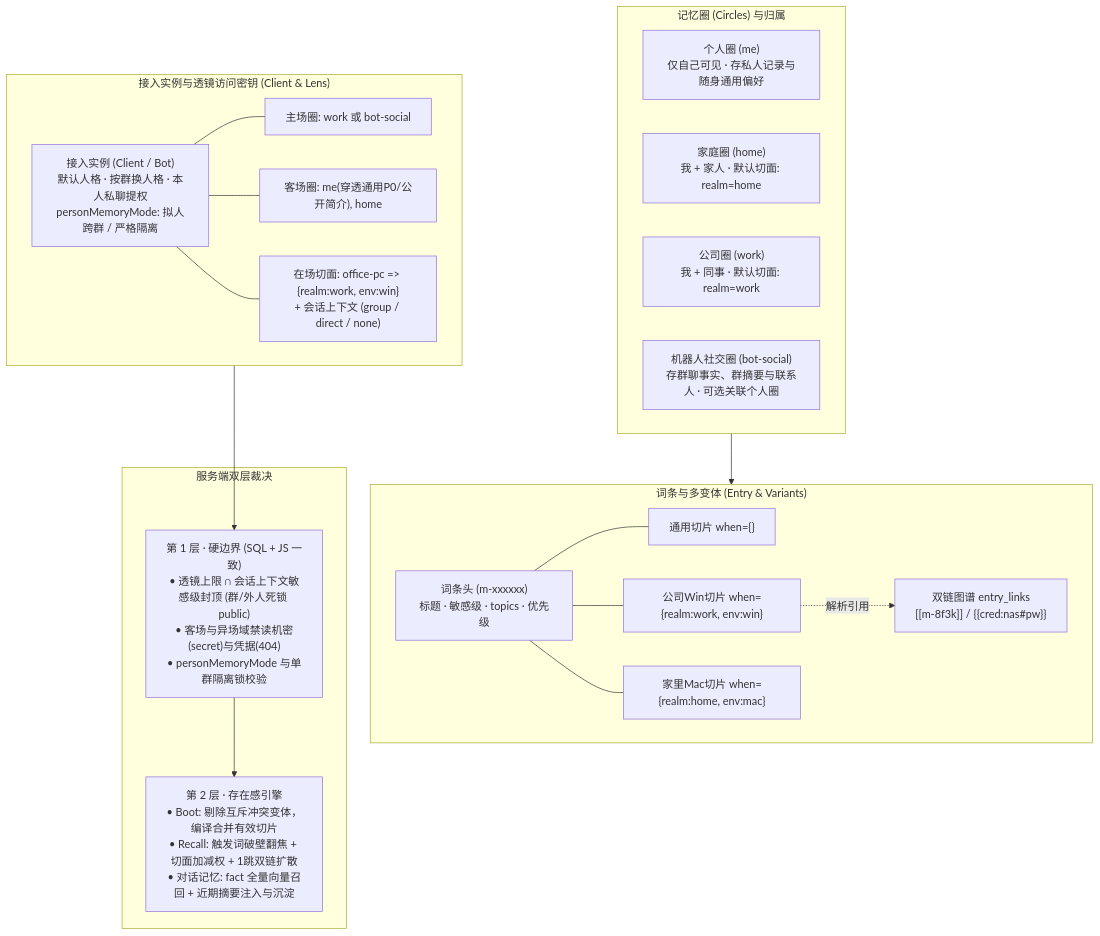
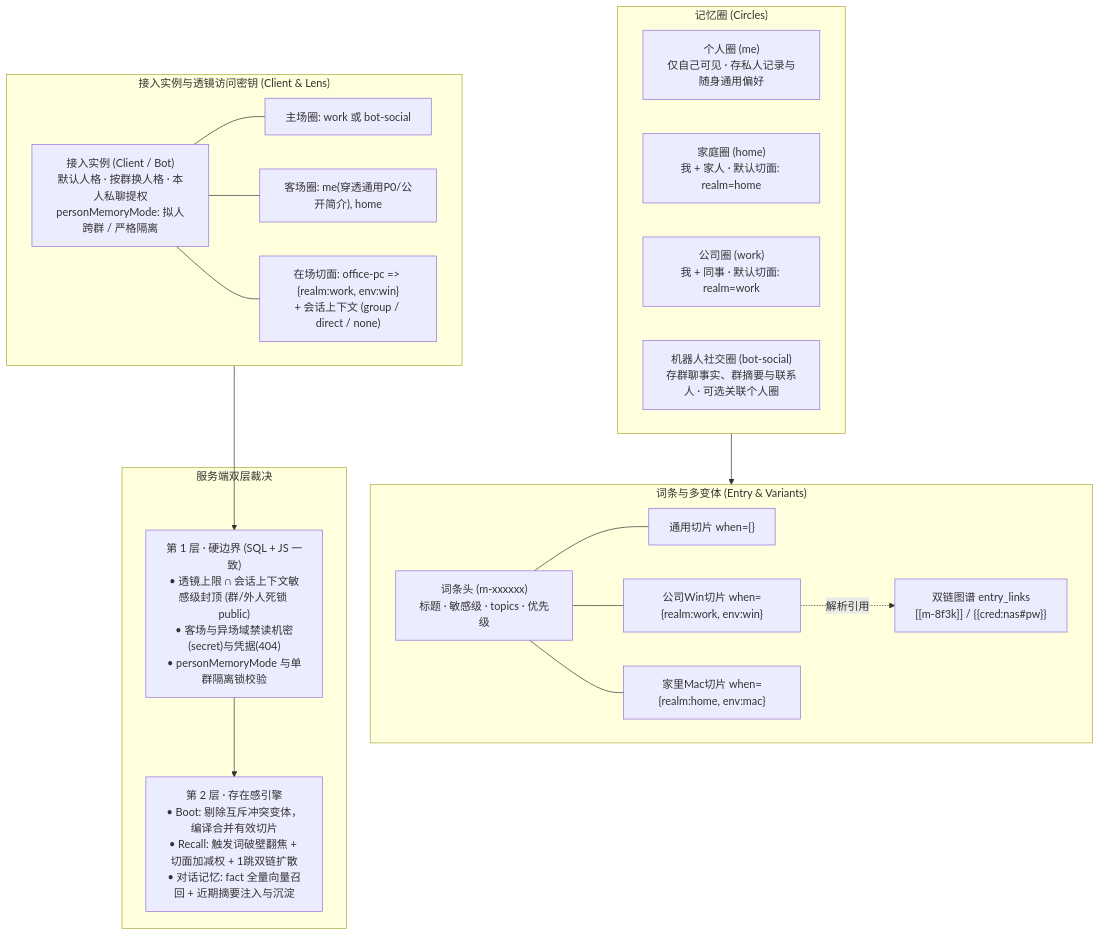
The diagram in docs/plans/记忆圈与切面架构重构.md (lonelyman0108/kioku), drawn with Mermaid before and after one commit. The commit also changed other lines of this file and 3 other files, not shown here.

````diff
--- a/docs/plans/记忆圈与切面架构重构.md
+++ b/docs/plans/记忆圈与切面架构重构.md
@@ -48,39 +48,39 @@
 ```mermaid
 flowchart TB
-    subgraph Top["记忆圈 (Circles) 与归属"]
+    subgraph Top["记忆圈 (Circles)"]
         C_ME["个人圈 (me)<br/>仅自己可见 · 存私人记录与随身通用偏好"]
         C_HOME["家庭圈 (home)<br/>我 + 家人 · 默认切面: realm=home"]
         C_WORK["公司圈 (work)<br/>我 + 同事 · 默认切面: realm=work"]
         C_BOT["机器人社交圈 (bot-social)<br/>存群聊事实、群摘要与联系人 · 可选关联个人圈"]
     end
 
     subgraph EntryModel["词条与多变体 (Entry & Variants)"]
         E_HEAD["词条头 (m-xxxxxx)<br/>标题 · 敏感级 · topics · 优先级"]
         V_BASE["通用切片 when={}"]
         V_WIN["公司Win切片 when={realm:work, env:win}"]
         V_MAC["家里Mac切片 when={realm:home, env:mac}"]
         E_LINKS["双链图谱 entry_links<br/>[[m-8f3k]] / {{cred:nas#pw}}"]
         E_HEAD --- V_BASE
         E_HEAD --- V_WIN
         E_HEAD --- V_MAC
         V_WIN -. "解析引用" .-> E_LINKS
     end
 
     subgraph ClientLens["接入实例与透镜访问密钥 (Client & Lens)"]
         CLI["接入实例 (Client / Bot)<br/>默认人格 · 按群换人格 · 本人私聊提权<br/>personMemoryMode: 拟人跨群 / 严格隔离"]
         K_MAIN["主场圈: work 或 bot-social"]
         K_LINKED["客场圈: me(穿透通用P0/公开简介), home"]
         K_CTX["在场切面: office-pc => {realm:work, env:win}<br/>+ 会话上下文 (group / direct / none)"]
         CLI --- K_MAIN
         CLI --- K_LINKED
         CLI --- K_CTX
     end
 
     subgraph Engine["服务端双层裁决"]
         ACL["第 1 层 · 硬边界 (SQL + JS 一致)<br/>• 透镜上限 ∩ 会话上下文敏感级封顶 (群/外人死锁 public)<br/>• 客场与异场域禁读机密(secret)与凭据(404)<br/>• personMemoryMode 与单群隔离锁校验"]
         PRES["第 2 层 · 存在感引擎<br/>• Boot: 剔除互斥冲突变体，编译合并有效切片<br/>• Recall: 触发词破壁翻焦 + 切面加减权 + 1跳双链扩散<br/>• 对话记忆: fact 全量向量召回 + 近期摘要注入与沉淀"]
     end
 
     Top --> EntryModel
     ClientLens --> ACL --> PRES
 ```
````
